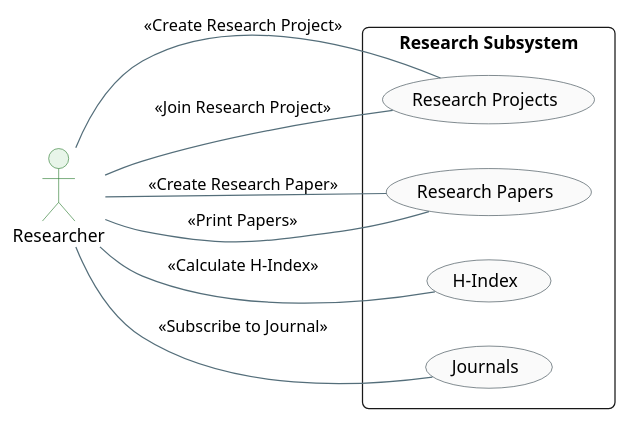
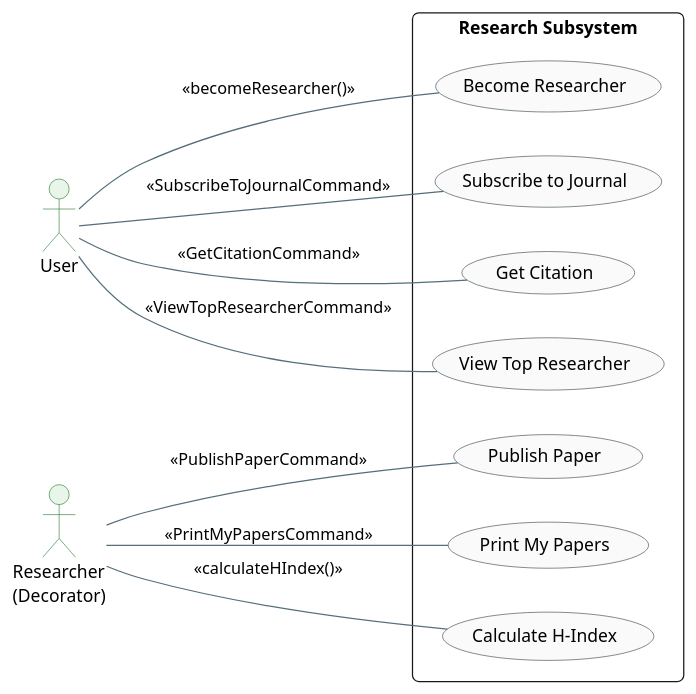
The diagram in PartA/useCaseDiagrams/research.puml (ofeerist/uni-crm-oop), drawn with PlantUML before and after one commit. The commit also changed 8 other files, not shown here.

```diff
--- a/PartA/useCaseDiagrams/research.puml
+++ b/PartA/useCaseDiagrams/research.puml
@@ -1,35 +1,41 @@
 @startuml
 skinparam theme plain
 skinparam packageStyle rectangle
 skinparam roundcorner 10
 skinparam shadowing false
 skinparam defaultFontName "Segoe UI"
 
 skinparam actor {
     BackgroundColor #E8F5E9
     BorderColor #2E7D32
 }
 skinparam usecase {
     BackgroundColor #FAFAFA
     BorderColor #37474F
     ArrowColor #546E7A
 }
 
 left to right direction
 
-actor "Researcher" as R
+actor "User" as U
+actor "Researcher\n(Decorator)" as R
 
 rectangle "Research Subsystem" {
-    usecase "Research Projects" as ResearchProjects
-    usecase "Research Papers" as ResearchPapers
-    usecase "H-Index" as HIndex
-    usecase "Journals" as Journals
+    usecase "Become Researcher" as BecomeRes
+    usecase "Publish Paper" as Publish
+    usecase "Print My Papers" as PrintPapers
+    usecase "Calculate H-Index" as CalcHIndex
+    usecase "Subscribe to Journal" as Subscribe
+    usecase "Get Citation" as GetCitation
+    usecase "View Top Researcher" as ViewTop
 
-    R -- ResearchProjects : <<Create Research Project>>
-    R -- ResearchProjects : <<Join Research Project>>
-    R -- ResearchPapers : <<Create Research Paper>>
-    R -- ResearchPapers : <<Print Papers>>
-    R -- HIndex : <<Calculate H-Index>>
-    R -- Journals : <<Subscribe to Journal>>
+    U -- BecomeRes : <<becomeResearcher()>>
+    U -- Subscribe : <<SubscribeToJournalCommand>>
+    U -- GetCitation : <<GetCitationCommand>>
+    U -- ViewTop : <<ViewTopResearcherCommand>>
+
+    R -- Publish : <<PublishPaperCommand>>
+    R -- PrintPapers : <<PrintMyPapersCommand>>
+    R -- CalcHIndex : <<calculateHIndex()>>
 }
 @enduml
```
